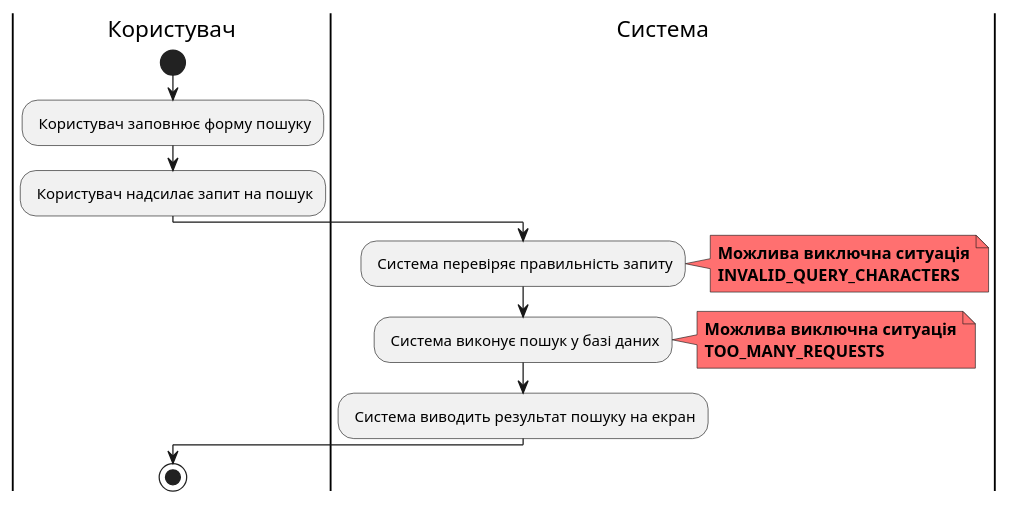
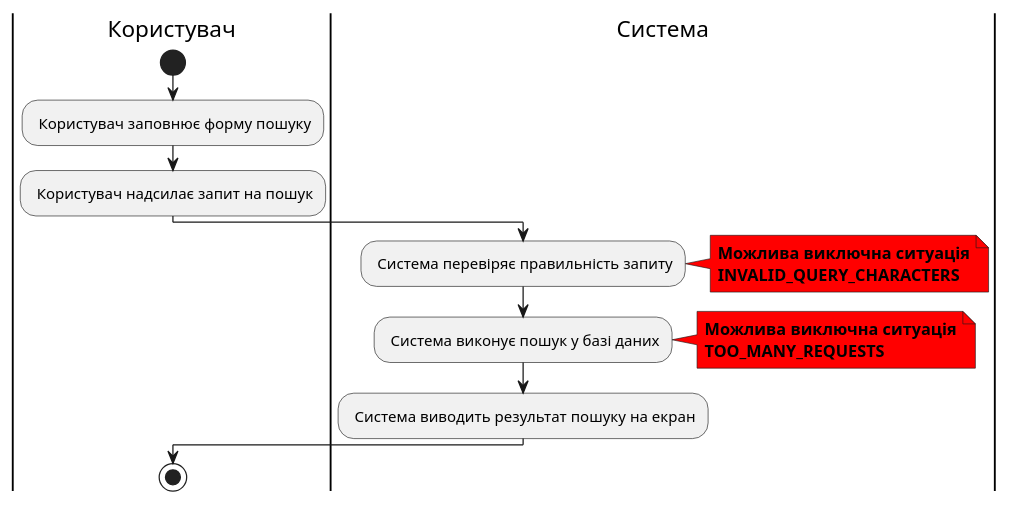
The eighth of 14 diagrams in docs/use_cases.md (zhkcll/lab6), drawn with PlantUML before and after one commit. The commit also changed other lines of this file, not shown here.

````diff
--- a/docs/use_cases.md
+++ b/docs/use_cases.md
@@ -255,28 +258,28 @@
 ```plantuml
 @startuml
 
 |Користувач|
 start
 : Користувач заповнює форму пошуку;
 : Користувач надсилає запит на пошук;
 
 |Система|
 : Система перевіряє правильність запиту;
-note right #ff7070
+note right #ff0000
 <b>Можлива виключна ситуація</b>
 <b>INVALID_QUERY_CHARACTERS</b>
 end note
 : Система виконує пошук у базі даних;
 
-note right #ff7070
+note right #ff0000
 <b>Можлива виключна ситуація</b>
 <b>TOO_MANY_REQUESTS</b>
 end note
 
 : Система виводить результат пошуку на екран;
 
 |Користувач|
 stop
 
 @enduml
 ```
````
